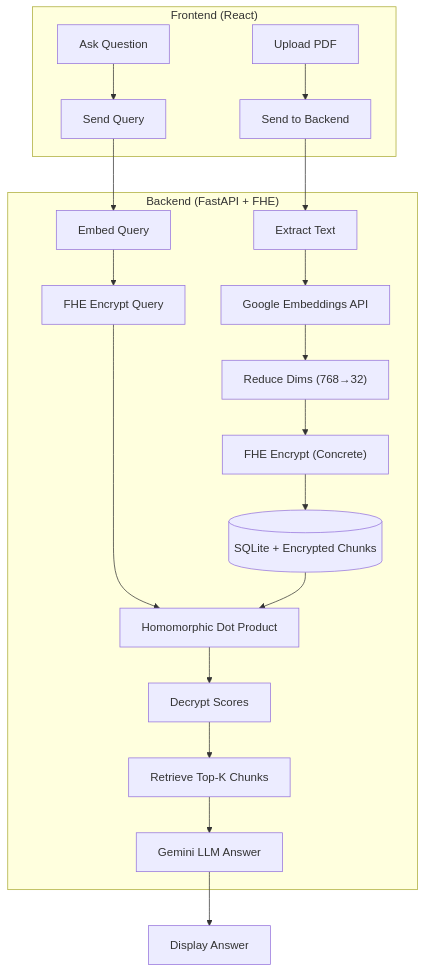
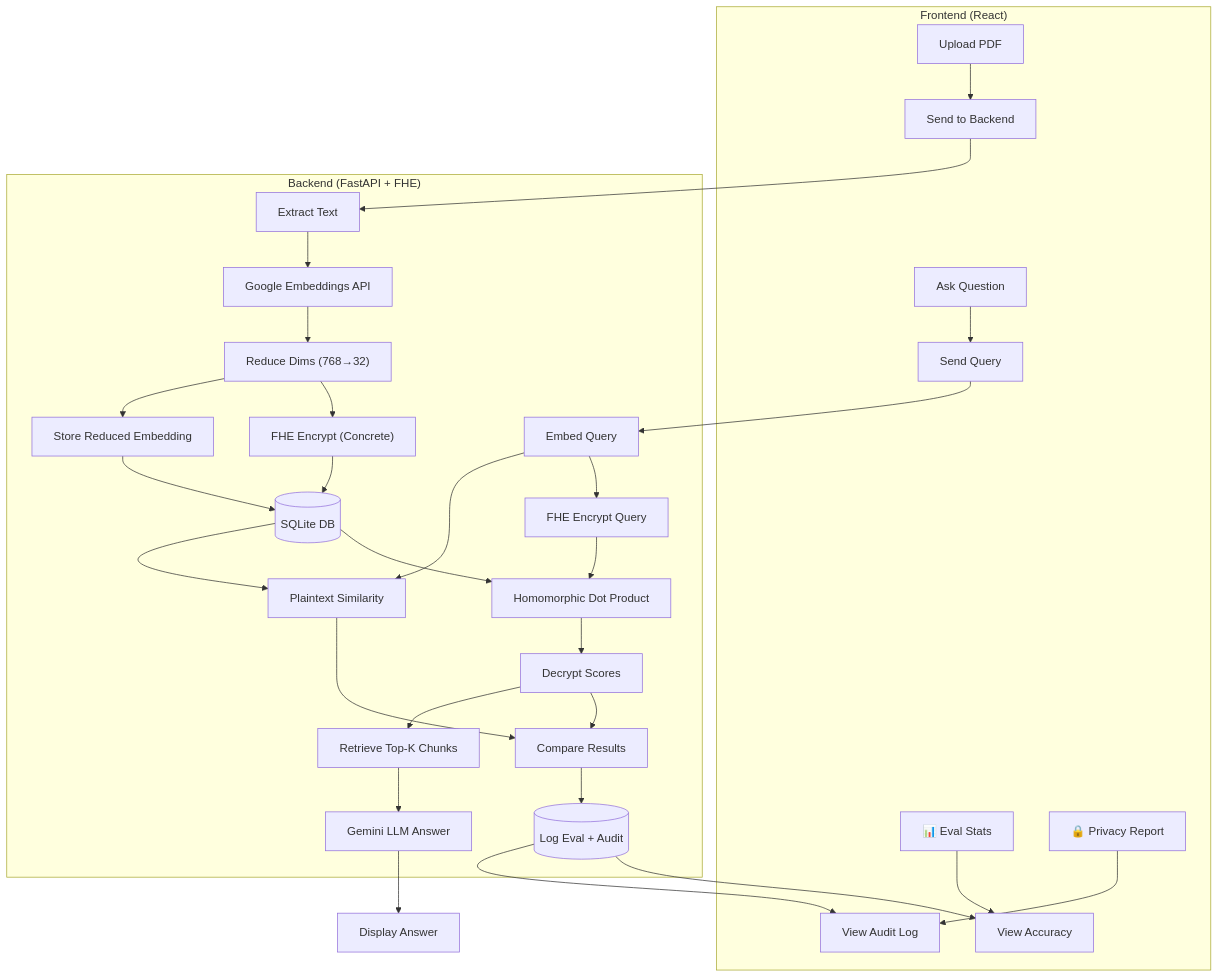
The diagram in README.md (thornxyz/pdf-chat), drawn with Mermaid before and after one commit. The commit also changed other lines of this file and 9 other files, not shown here.

Commit message:
feat: Implement FHE evaluation and privacy audit logging

````diff
--- a/README.md
+++ b/README.md
@@ -7,25 +23,39 @@
 ```mermaid
 flowchart TB
     subgraph Client["Frontend (React)"]
         A[Upload PDF] --> B[Send to Backend]
         H[Ask Question] --> I[Send Query]
+        R[📊 Eval Stats] --> S[View Accuracy]
+        T[🔒 Privacy Report] --> U[View Audit Log]
     end
     
     subgraph Backend["Backend (FastAPI + FHE)"]
         B --> C[Extract Text]
         C --> D[Google Embeddings API]
         D --> E["Reduce Dims (768→32)"]
         E --> F["FHE Encrypt (Concrete)"]
-        F --> G[(SQLite + Encrypted Chunks)]
+        E --> F2[Store Reduced Embedding]
+        F --> G[(SQLite DB)]
+        F2 --> G
         
         I --> J[Embed Query]
         J --> K[FHE Encrypt Query]
         K --> L["Homomorphic Dot Product"]
         G --> L
+        
+        J --> L2[Plaintext Similarity]
+        G --> L2
+        
         L --> M[Decrypt Scores]
+        L2 --> M2[Compare Results]
+        M --> M2
+        M2 --> Q[(Log Eval + Audit)]
+        
         M --> N[Retrieve Top-K Chunks]
         N --> O[Gemini LLM Answer]
     end
     
     O --> P[Display Answer]
+    Q --> S
+    Q --> U
 ```
````
